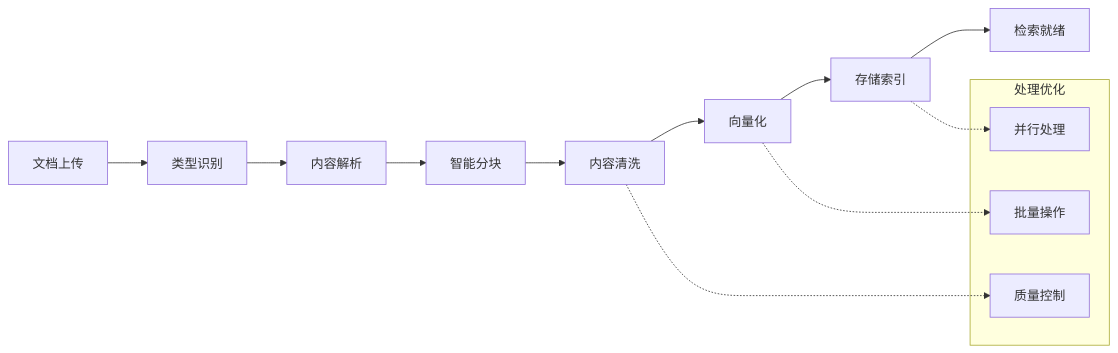
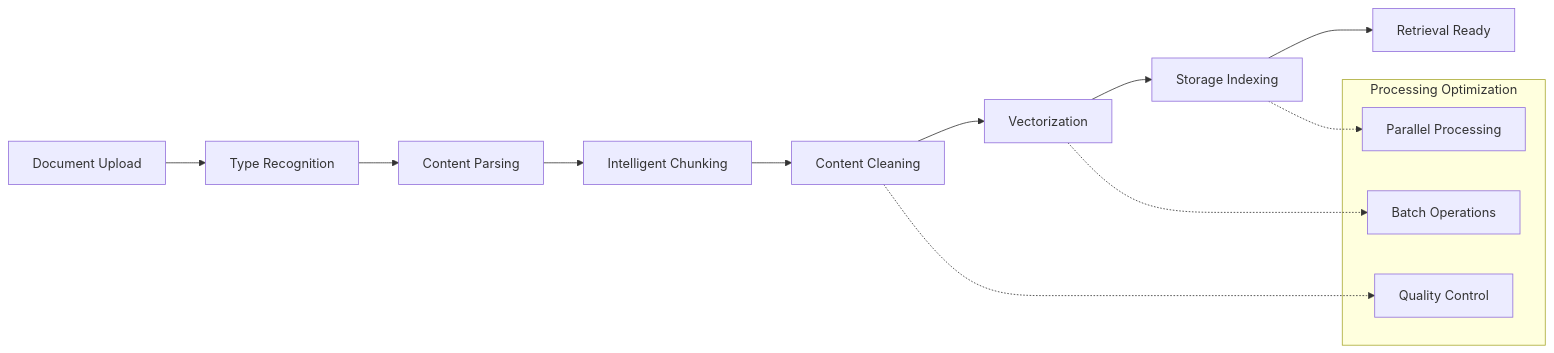
One commit to jitai-team/jitai-docs changed the second of 3 diagrams in docs/devguide/knowledge-base/create-knowledge-elements.md. Above: the diagram before and after it, drawn with Mermaid. The commit also changed other lines of this file and 92 other files, not shown here.

````diff
--- a/docs/devguide/knowledge-base/create-knowledge-elements.md
+++ b/docs/devguide/knowledge-base/create-knowledge-elements.md
@@ -92,20 +92,20 @@
 ```mermaid
 flowchart LR
-    A[文档上传] --> B[类型识别]
-    B --> C[内容解析]
-    C --> D[智能分块]
-    D --> E[内容清洗]
-    E --> F[向量化]
-    F --> G[存储索引]
-    G --> H[检索就绪]
+    A[Document Upload] --> B[Type Recognition]
+    B --> C[Content Parsing]
+    C --> D[Intelligent Chunking]
+    D --> E[Content Cleaning]
+    E --> F[Vectorization]
+    F --> G[Storage Indexing]
+    G --> H[Retrieval Ready]
     
-    subgraph "处理优化"
-        I[批量操作]
-        J[并行处理]
-        K[质量控制]
+    subgraph "Processing Optimization"
+        I[Batch Operations]
+        J[Parallel Processing]
+        K[Quality Control]
     end
     
     F -.-> I
     G -.-> J
     E -.-> K
 ```
````
